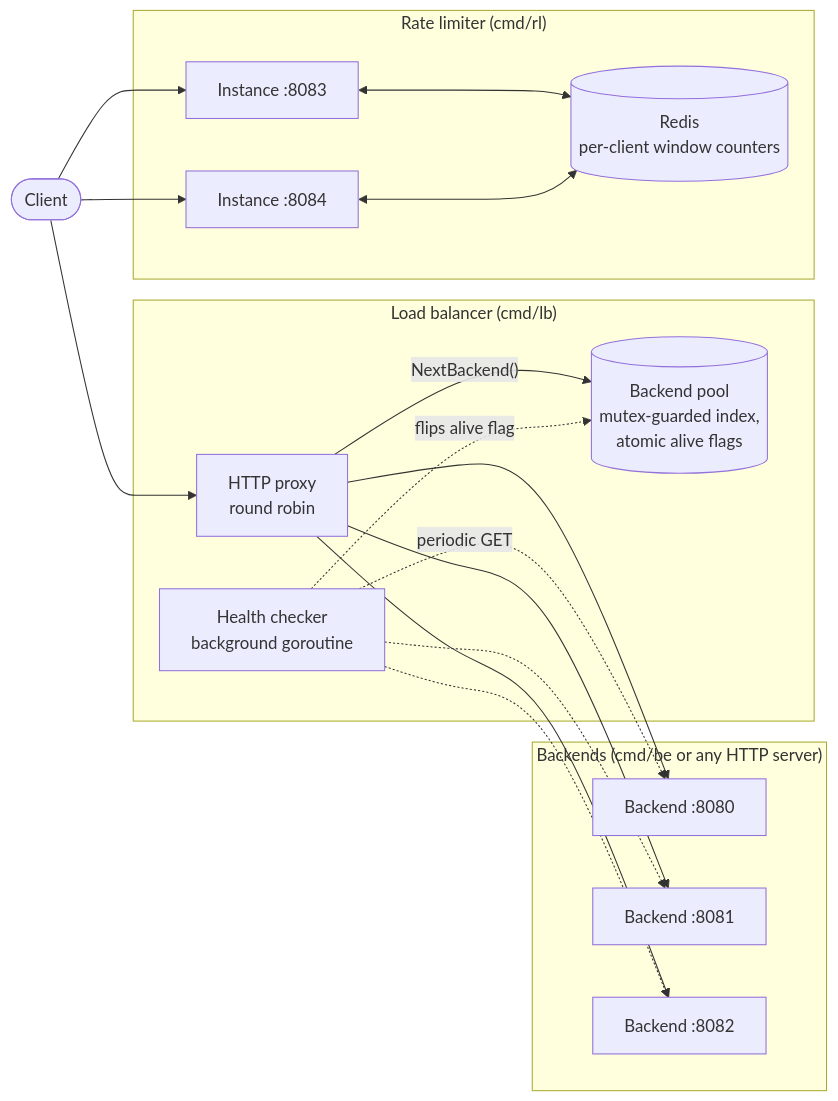
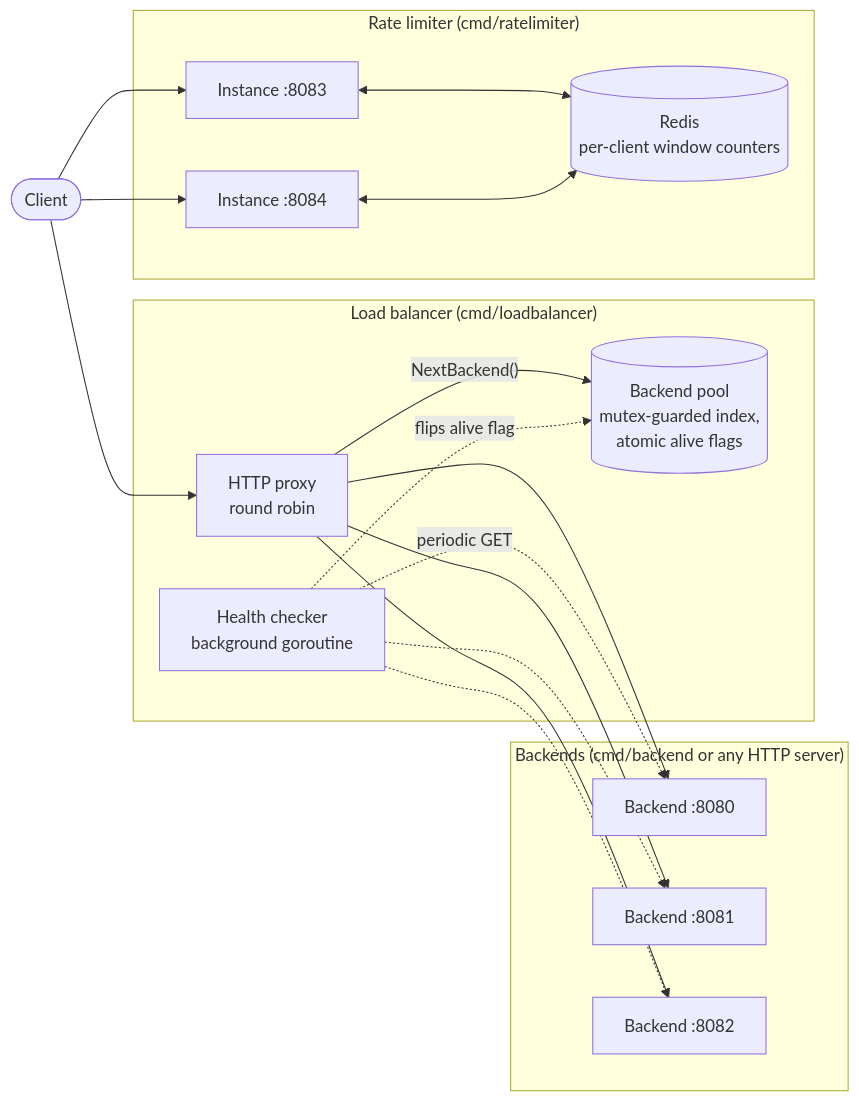
The diagram in README.md (cabasoah/Load-Balancer-and-Distributed-Rate-Limiter), drawn with Mermaid before and after one commit. The commit also changed other lines of this file and 8 other files, not shown here.

````diff
--- a/README.md
+++ b/README.md
@@ -46,36 +48,36 @@
 ```mermaid
 flowchart LR
     Client([Client])
 
-    subgraph LBSYS["Load balancer (cmd/lb)"]
+    subgraph LBSYS["Load balancer (cmd/loadbalancer)"]
         Proxy["HTTP proxy<br/>round robin"]
         Pool[("Backend pool<br/>mutex-guarded index,<br/>atomic alive flags")]
         Health["Health checker<br/>background goroutine"]
         Proxy -->|"NextBackend()"| Pool
         Health -.->|"flips alive flag"| Pool
     end
 
-    subgraph BACKENDS["Backends (cmd/be or any HTTP server)"]
+    subgraph BACKENDS["Backends (cmd/backend or any HTTP server)"]
         B1["Backend :8080"]
         B2["Backend :8081"]
         B3["Backend :8082"]
     end
 
-    subgraph RLSYS["Rate limiter (cmd/rl)"]
+    subgraph RLSYS["Rate limiter (cmd/ratelimiter)"]
         RL1["Instance :8083"]
         RL2["Instance :8084"]
         Redis[("Redis<br/>per-client window counters")]
         RL1 <--> Redis
         RL2 <--> Redis
     end
 
     Client --> Proxy
     Proxy --> B1
     Proxy --> B2
     Proxy --> B3
     Health -.->|"periodic GET"| B1
     Health -.-> B2
     Health -.-> B3
     Client --> RL1
     Client --> RL2
 ```
````
